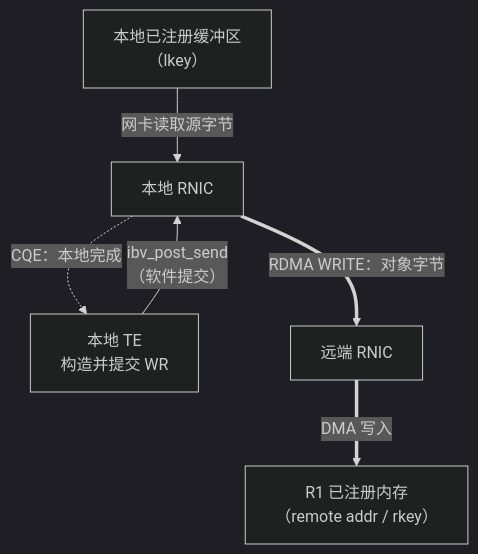
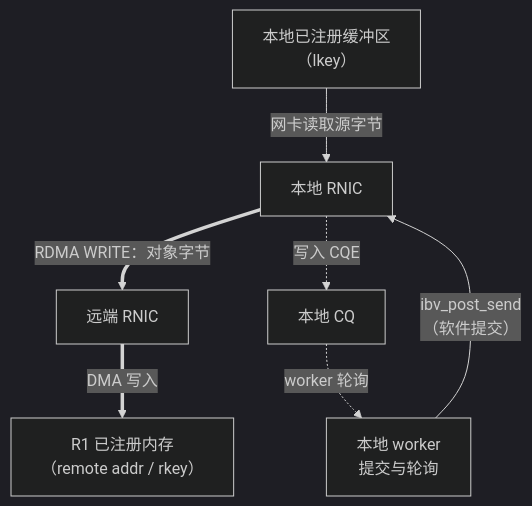
The second of 2 diagrams in mooncake-kv-cache-series/wechat/07-rdma-data-path.md (Hansyangxingxiang/Mooncake), drawn with Mermaid (dark theme) before and after one commit. The commit also changed other lines of this file and 12 other files, not shown here.

````diff
--- a/mooncake-kv-cache-series/wechat/07-rdma-data-path.md
+++ b/mooncake-kv-cache-series/wechat/07-rdma-data-path.md
@@ -66,13 +47,14 @@
 ```mermaid
 flowchart TB
     BUF["本地已注册缓冲区<br/>（lkey）"]
-    LT["本地 TE<br/>构造并提交 WR"]
+    LT["本地 worker<br/>提交与轮询"]
     LR["本地 RNIC"]
     RR["远端 RNIC"]
     RM["R1 已注册内存<br/>（remote addr / rkey）"]
     BUF -->|"网卡读取源字节"| LR
     LT -->|"ibv_post_send<br/>（软件提交）"| LR
     LR ==>|"RDMA WRITE：对象字节"| RR
     RR ==>|"DMA 写入"| RM
-    LR -.->|"CQE：本地完成"| LT
+    LR -.->|"写入 CQE"| CQ["本地 CQ"]
+    CQ -.->|"worker 轮询"| LT
 ```
````
